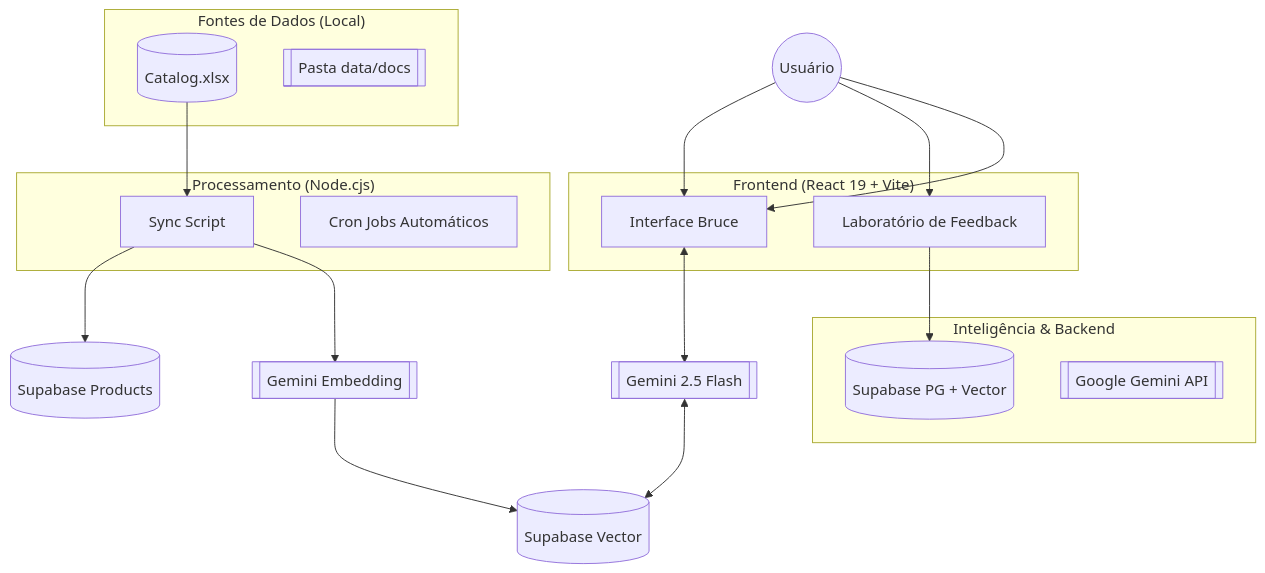
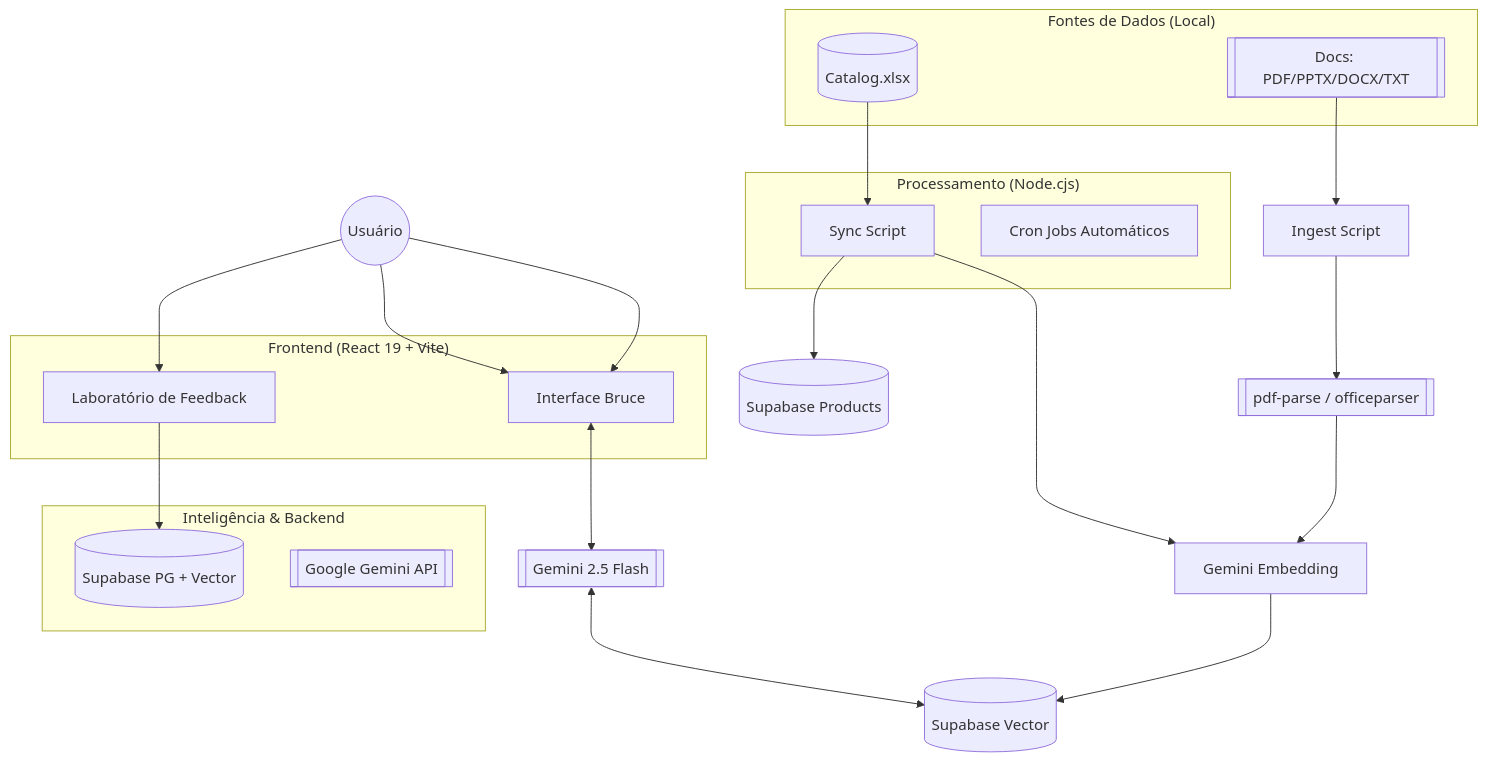
One commit to arthurmaranhaoo/trillia-platform changed the first of 2 diagrams in ARCHITECTURE.md. Above: the diagram before and after it, drawn with Mermaid. The commit also changed other lines of this file and 1 other file, not shown here.

Commit message:
docs: Update README and ARCHITECTURE with PDF and Office parsing details

````diff
--- a/ARCHITECTURE.md
+++ b/ARCHITECTURE.md
@@ -8,37 +8,40 @@
 ```mermaid
 graph TD
     User((Usuário))
     
     subgraph "Frontend (React 19 + Vite)"
         UI[Interface Bruce Assistente]
         Form[Laboratório de Feedback]
     end
     
     subgraph "Fontes de Dados (Local)"
         Excel[(Catalog.xlsx)]
-        DocsDir[[Pasta data/docs]]
+        DocsDir[[Docs: PDF/PPTX/DOCX/TXT]]
     end
     
     subgraph "Processamento (Node.cjs)"
         Sync[Scripts de Sincronização]
         Cron[Cron Jobs Automáticos]
     end
     
     subgraph "Inteligência & Backend"
         Supa[(Supabase PG + Vector)]
         Gemini[[Google Gemini API]]
     end
 
     User --> UI
     User --> Form
     Form --> Supa
     
     Excel[(Catalog.xlsx)] --> Sync[Sync Script]
+    DocsDir --> Ingest[Ingest Script]
+    Ingest --> Parsers[[pdf-parse / officeparser]]
+    Parsers --> GeminiEmb[Gemini Embedding]
+    Sync --> GeminiEmb
     Sync --> SupaRel[(Supabase Products)]
-    Sync --> GeminiEmb[[Gemini Embedding]]
     GeminiEmb --> SupaVec[(Supabase Vector)]
     
     User --> UI[Interface Bruce]
     UI <--> GeminiFlash[[Gemini 2.5 Flash]]
     GeminiFlash <--> SupaVec
 ```
````
